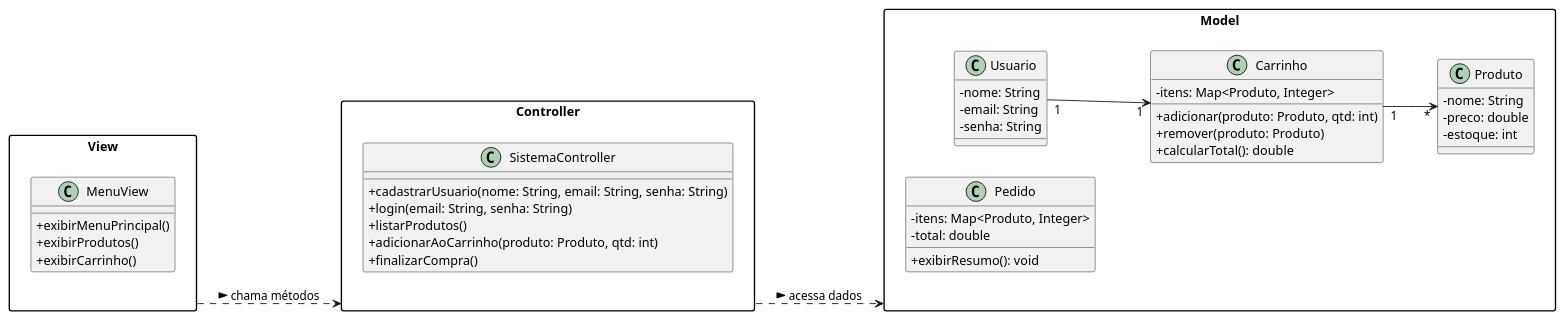
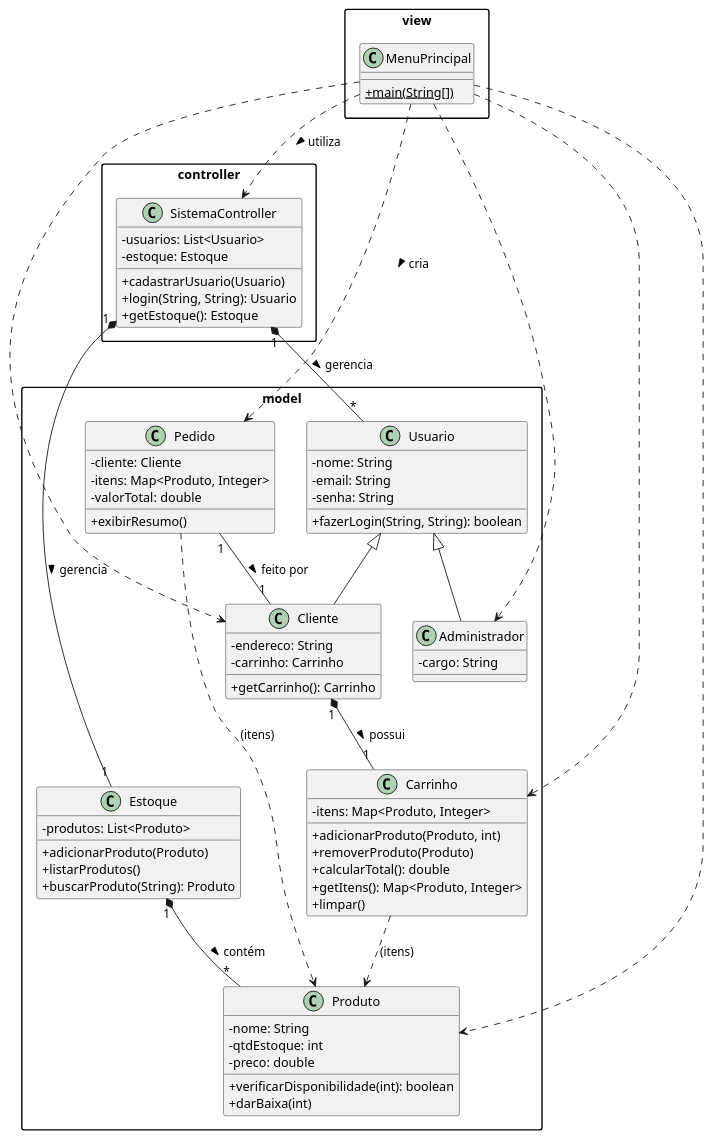
Before and after one commit to JHugoRodrigues/HL_Jeans: the diagram in diagrama_de_classes.puml, drawn with PlantUML.

```diff
--- a/diagrama_de_classes.puml
+++ b/diagrama_de_classes.puml
@@ -1,71 +1,113 @@
-@startuml HLJeans
+@startuml
 skinparam packageStyle rectangle
 skinparam shadowing false
 skinparam classAttributeIconSize 0
 
-left to right direction
-
 ' =============================
 ' ========== MODEL ============
 ' =============================
-package "Model" {
+package "model" {
   class Usuario {
     - nome: String
     - email: String
     - senha: String
+    + fazerLogin(String, String): boolean
+  }
+
+  class Cliente extends Usuario {
+    - endereco: String
+    - carrinho: Carrinho
+    + getCarrinho(): Carrinho
+  }
+
+  class Administrador extends Usuario {
+    - cargo: String
   }
 
   class Produto {
     - nome: String
+    - qtdEstoque: int
     - preco: double
-    - estoque: int
+    + verificarDisponibilidade(int): boolean
+    + darBaixa(int)
+  }
+
+  class Estoque {
+    - produtos: List<Produto>
+    + adicionarProduto(Produto)
+    + listarProdutos()
+    + buscarProduto(String): Produto
   }
 
   class Carrinho {
     - itens: Map<Produto, Integer>
-    + adicionar(produto: Produto, qtd: int)
-    + remover(produto: Produto)
+    + adicionarProduto(Produto, int)
+    + removerProduto(Produto)
     + calcularTotal(): double
+    + getItens(): Map<Produto, Integer>
+    + limpar()
   }
 
   class Pedido {
+    - cliente: Cliente
     - itens: Map<Produto, Integer>
-    - total: double
-    + exibirResumo(): void
+    - valorTotal: double
+    + exibirResumo()
   }
-
-  Usuario "1" --> "1" Carrinho
-  Carrinho "1" --> "*" Produto
 }
 
 ' =============================
 ' ======== CONTROLLER =========
 ' =============================
-package "Controller" {
+package "controller" {
   class SistemaController {
-    + cadastrarUsuario(nome: String, email: String, senha: String)
-    + login(email: String, senha: String)
-    + listarProdutos()
-    + adicionarAoCarrinho(produto: Produto, qtd: int)
-    + finalizarCompra()
+    - usuarios: List<Usuario>
+    - estoque: Estoque
+    + cadastrarUsuario(Usuario)
+    + login(String, String): Usuario
+    + getEstoque(): Estoque
   }
 }
 
 ' =============================
 ' ============ VIEW ===========
 ' =============================
-package "View" {
-  class MenuView {
-    + exibirMenuPrincipal()
-    + exibirProdutos()
-    + exibirCarrinho()
+package "view" {
+  class MenuPrincipal {
+    + {static} main(String[])
   }
 }
 
 ' =============================
-' ======= RELAÇÕES =============
+' ======= RELAÇÕES ============
 ' =============================
-View ..> Controller : chama métodos >
-Controller ..> Model : acessa dados >
+
+' --- Relações do Controller (Composição) ---
+' O Controller "possui" e "gerencia" o Estoque e a lista de Usuários
+controller.SistemaController "1" *-- "1" model.Estoque : gerencia >
+controller.SistemaController "1" *-- "*" model.Usuario : gerencia >
+
+' --- Relações do Model (Composição e Associação) ---
+' Cliente "tem um" Carrinho
+model.Cliente "1" *-- "1" model.Carrinho : possui >
+' Estoque "tem muitos" Produtos
+model.Estoque "1" *-- "*" model.Produto : contém >
+' Pedido "é feito por um" Cliente
+model.Pedido "1" -- "1" model.Cliente : feito por >
+
+' --- Relações de Dependência/Associação (via Map) ---
+' O Carrinho e o Pedido usam Produtos como chaves em seus Mapas
+model.Carrinho ..> model.Produto : (itens)
+model.Pedido ..> model.Produto : (itens)
+
+' --- Relações da View (Dependência) ---
+' A View "usa" o Controller para orquestrar as ações
+view.MenuPrincipal ..> controller.SistemaController : utiliza >
+' A View "cria" e "usa" objetos do Model diretamente
+view.MenuPrincipal ..> model.Pedido : cria >
+view.MenuPrincipal ..> model.Cliente
+view.MenuPrincipal ..> model.Administrador
+view.MenuPrincipal ..> model.Produto
+view.MenuPrincipal ..> model.Carrinho
 
 @enduml
```
